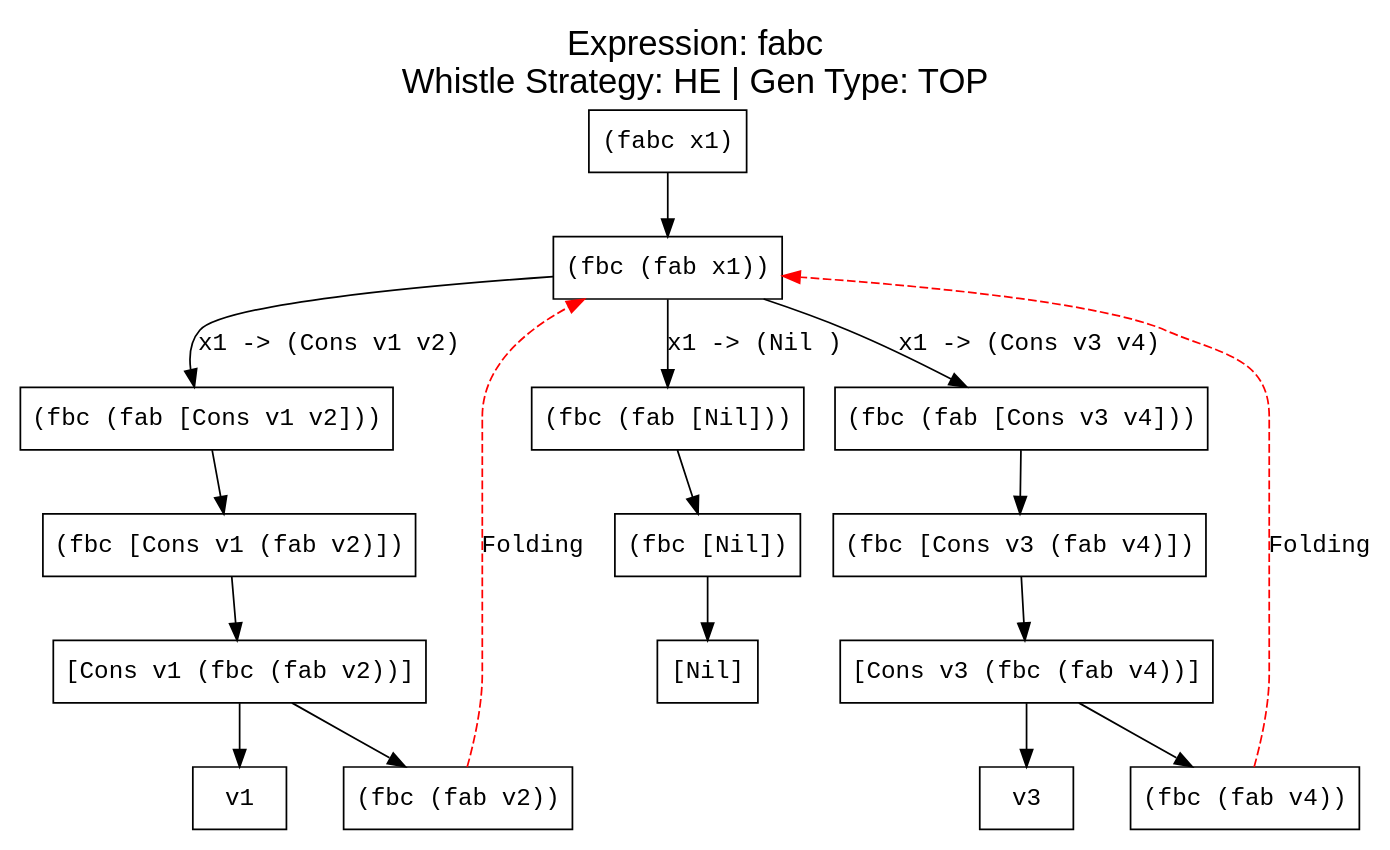
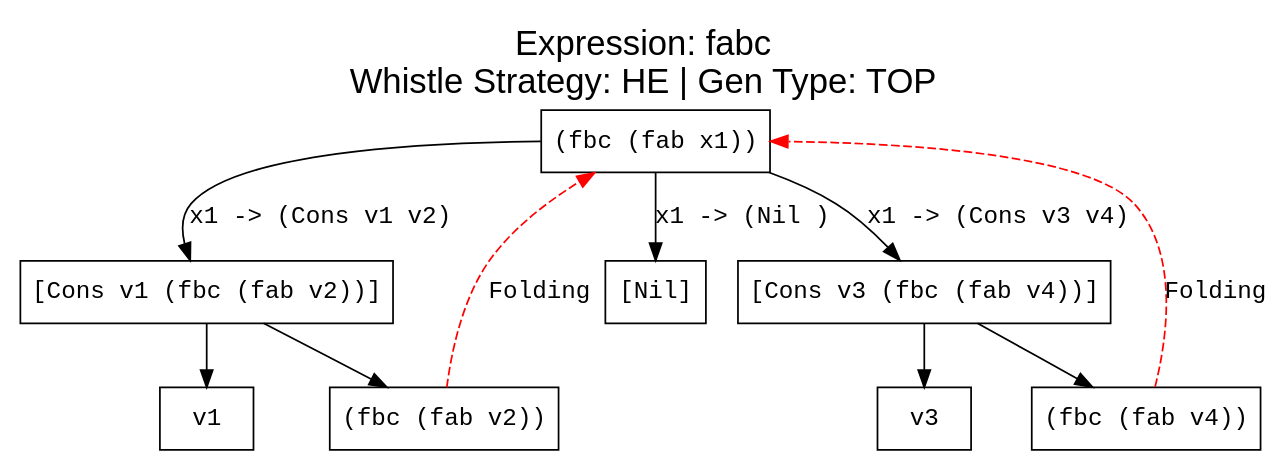
Before and after one commit to makezh/coursework_supercompiler: the diagram in output/test4/he_fabc.dot, drawn with Graphviz. The commit also changed 38 other files, not shown here.

```diff
--- a/output/test4/he_fabc.dot
+++ b/output/test4/he_fabc.dot
@@ -1,40 +1,26 @@
 digraph ProcessTree {
   label="Expression: fabc\nWhistle Strategy: HE | Gen Type: TOP";
   labelloc="t";
   fontsize=20;
   fontname="Arial";
 
     node [fontname="Courier New"];
     edge [fontname="Courier New"];
-    n0 [label="(fabc x1)", shape=box];
-    n0 -> n1 [label=""];
-    n1 [label="(fbc (fab x1))", shape=box];
-    n1 -> n2 [label="x1 -> (Cons v1 v2)"];
-    n1 -> n3 [label="x1 -> (Cons v3 v4)"];
-    n1 -> n4 [label="x1 -> (Nil )"];
-    n2 [label="(fbc (fab [Cons v1 v2]))", shape=box];
-    n2 -> n5 [label=""];
-    n3 [label="(fbc (fab [Cons v3 v4]))", shape=box];
-    n3 -> n6 [label=""];
-    n4 [label="(fbc (fab [Nil]))", shape=box];
-    n4 -> n7 [label=""];
-    n5 [label="(fbc [Cons v1 (fab v2)])", shape=box];
-    n5 -> n8 [label=""];
-    n6 [label="(fbc [Cons v3 (fab v4)])", shape=box];
-    n6 -> n9 [label=""];
-    n7 [label="(fbc [Nil])", shape=box];
-    n7 -> n10 [label=""];
-    n8 [label="[Cons v1 (fbc (fab v2))]", shape=box];
-    n8 -> n11 [label=""];
-    n8 -> n12 [label=""];
-    n9 [label="[Cons v3 (fbc (fab v4))]", shape=box];
-    n9 -> n13 [label=""];
-    n9 -> n14 [label=""];
-    n10 [label="[Nil]", shape=box];
-    n11 [label="v1", shape=box];
-    n12 [label="(fbc (fab v2))", shape=box];
-    n12 -> n1 [style=dashed, color=red, label="Folding"];
-    n13 [label="v3", shape=box];
-    n14 [label="(fbc (fab v4))", shape=box];
-    n14 -> n1 [style=dashed, color=red, label="Folding"];
+    n0 [label="(fbc (fab x1))", shape=box];
+    n0 -> n1 [label="x1 -> (Cons v1 v2)"];
+    n0 -> n2 [label="x1 -> (Cons v3 v4)"];
+    n0 -> n3 [label="x1 -> (Nil )"];
+    n1 [label="[Cons v1 (fbc (fab v2))]", shape=box];
+    n1 -> n4 [label=""];
+    n1 -> n5 [label=""];
+    n2 [label="[Cons v3 (fbc (fab v4))]", shape=box];
+    n2 -> n6 [label=""];
+    n2 -> n7 [label=""];
+    n3 [label="[Nil]", shape=box];
+    n4 [label="v1", shape=box];
+    n5 [label="(fbc (fab v2))", shape=box];
+    n5 -> n0 [style=dashed, color=red, label="Folding"];
+    n6 [label="v3", shape=box];
+    n7 [label="(fbc (fab v4))", shape=box];
+    n7 -> n0 [style=dashed, color=red, label="Folding"];
 }
```
